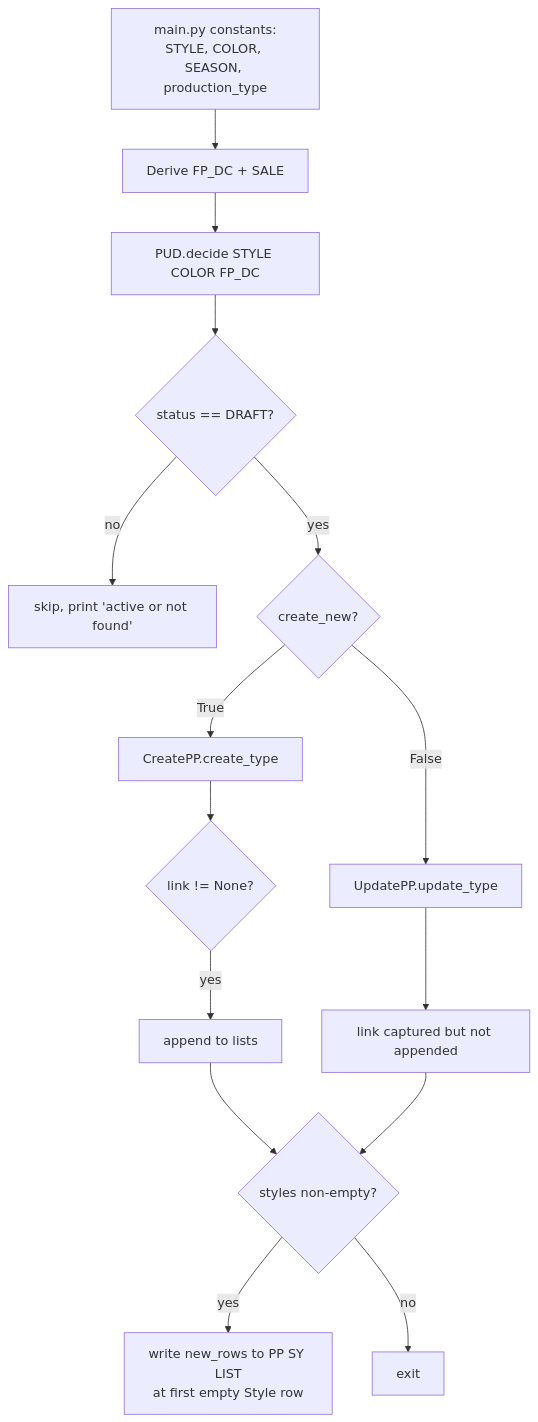
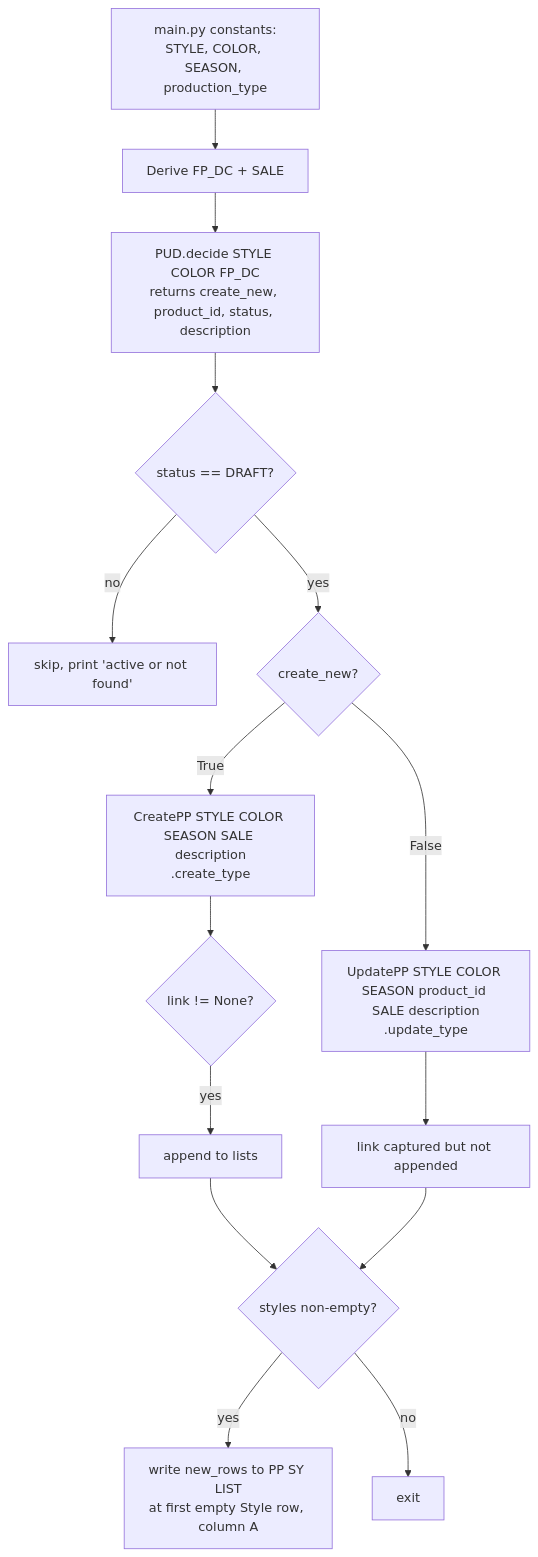
The first of 2 diagrams in PPA_FLOW.md (Wooden-Ships-Knits/product-page-automation), drawn with Mermaid before and after one commit. The commit also changed other lines of this file and 10 other files, not shown here.

````diff
--- a/PPA_FLOW.md
+++ b/PPA_FLOW.md
@@ -15,17 +15,17 @@
 ```mermaid
 flowchart TD
     A[main.py constants:<br/>STYLE, COLOR, SEASON, production_type] --> B[Derive FP_DC + SALE]
-    B --> C[PUD.decide STYLE COLOR FP_DC]
+    B --> C[PUD.decide STYLE COLOR FP_DC<br/>returns create_new, product_id, status, description]
     C --> D{status == DRAFT?}
     D -- no --> E[skip, print 'active or not found']
     D -- yes --> F{create_new?}
-    F -- True --> G[CreatePP.create_type]
-    F -- False --> H[UpdatePP.update_type]
+    F -- True --> G[CreatePP STYLE COLOR SEASON SALE description<br/>.create_type]
+    F -- False --> H[UpdatePP STYLE COLOR SEASON product_id SALE description<br/>.update_type]
     G --> I{link != None?}
     I -- yes --> J[append to lists]
     H --> K[link captured but not appended]
     J --> L{styles non-empty?}
     K --> L
-    L -- yes --> M[write new_rows to PP SY LIST<br/>at first empty Style row]
+    L -- yes --> M[write new_rows to PP SY LIST<br/>at first empty Style row, column A]
     L -- no --> N[exit]
 ```
````
